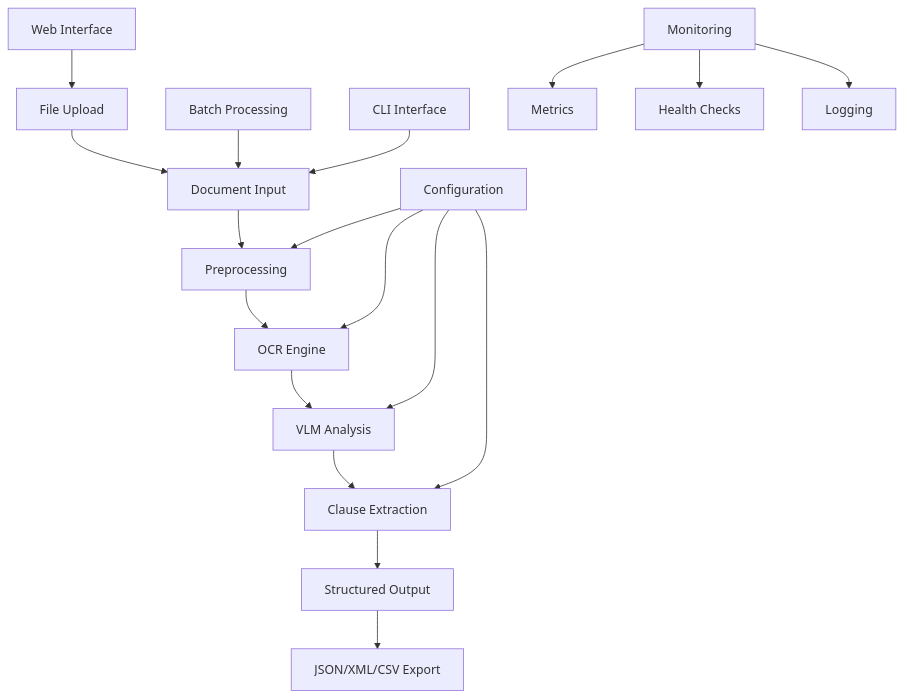
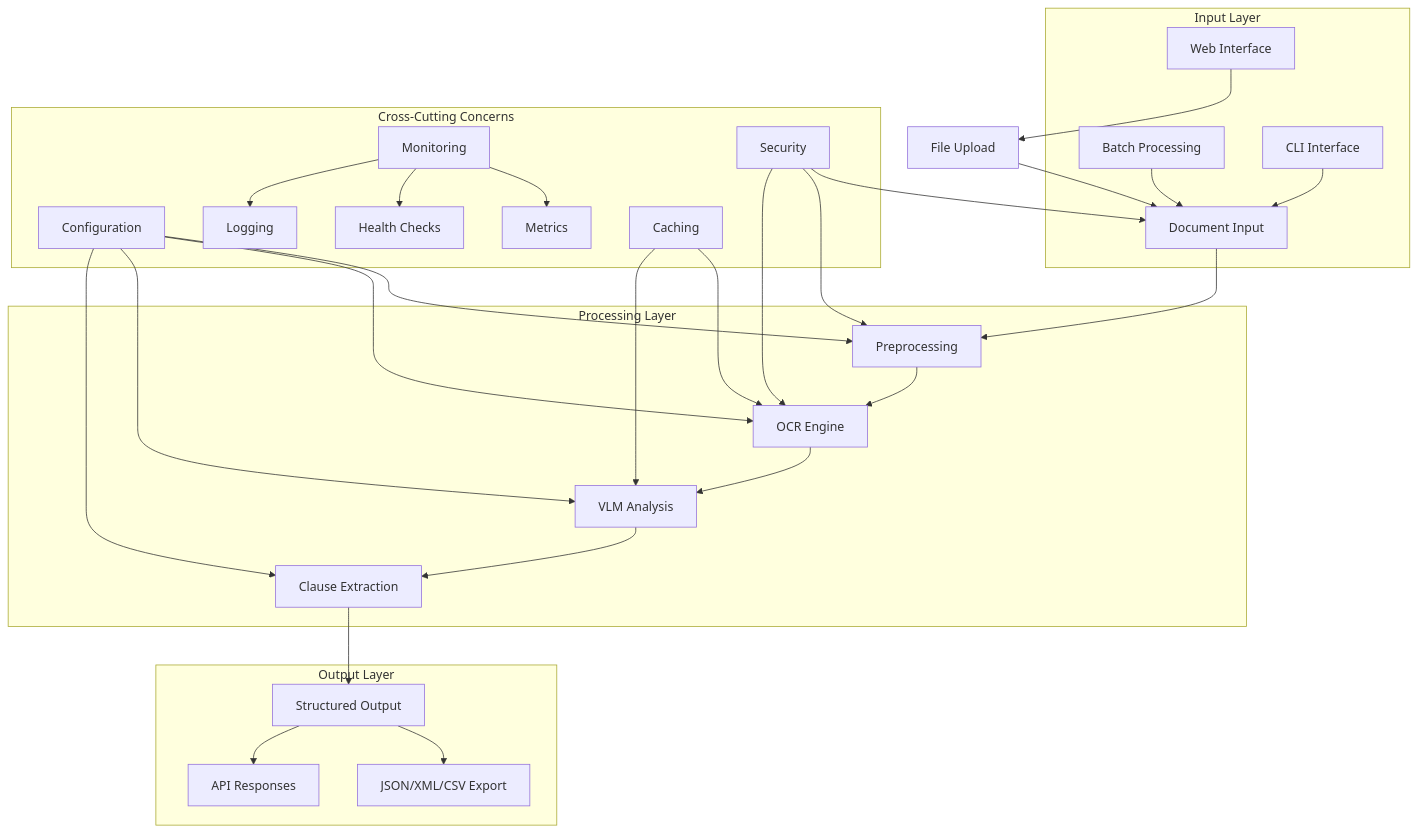
The first of 5 diagrams in docs/ARCHITECTURE.md (danieleschmidt/multimodal-contract-extractor), drawn with Mermaid before and after one commit. The commit also changed other lines of this file and 9 other files, not shown here.

````diff
--- a/docs/ARCHITECTURE.md
+++ b/docs/ARCHITECTURE.md
@@ -9,24 +9,61 @@
 ```mermaid
 graph TB
-    A[Document Input] --> B[Preprocessing]
-    B --> C[OCR Engine]
-    C --> D[VLM Analysis]
-    D --> E[Clause Extraction]
-    E --> F[Structured Output]
+    subgraph "Input Layer"
+        A[Document Input]
+        G[Web Interface]
+        J[Batch Processing]
+        K[CLI Interface]
+    end
     
-    G[Web Interface] --> H[File Upload]
+    subgraph "Processing Layer"
+        B[Preprocessing]
+        C[OCR Engine]
+        D[VLM Analysis]
+        E[Clause Extraction]
+    end
+    
+    subgraph "Output Layer"
+        F[Structured Output]
+        I[JSON/XML/CSV Export]
+        Q[API Responses]
+    end
+    
+    subgraph "Cross-Cutting Concerns"
+        L[Configuration]
+        M[Monitoring]
+        N[Metrics]
+        O[Health Checks]
+        P[Logging]
+        R[Security]
+        S[Caching]
+    end
+    
+    A --> B
+    B --> C
+    C --> D
+    D --> E
+    E --> F
+    
+    G --> H[File Upload]
     H --> A
-    F --> I[JSON/XML/CSV Export]
+    F --> I
+    F --> Q
     
-    J[Batch Processing] --> A
-    K[CLI Interface] --> A
+    J --> A
+    K --> A
     
-    L[Configuration] --> B
+    L --> B
     L --> C
     L --> D
     L --> E
     
-    M[Monitoring] --> N[Metrics]
-    M --> O[Health Checks]
-    M --> P[Logging]
+    M --> N
+    M --> O
+    M --> P
+    
+    R --> A
+    R --> B
+    R --> C
+    S --> C
+    S --> D
 ```
````
